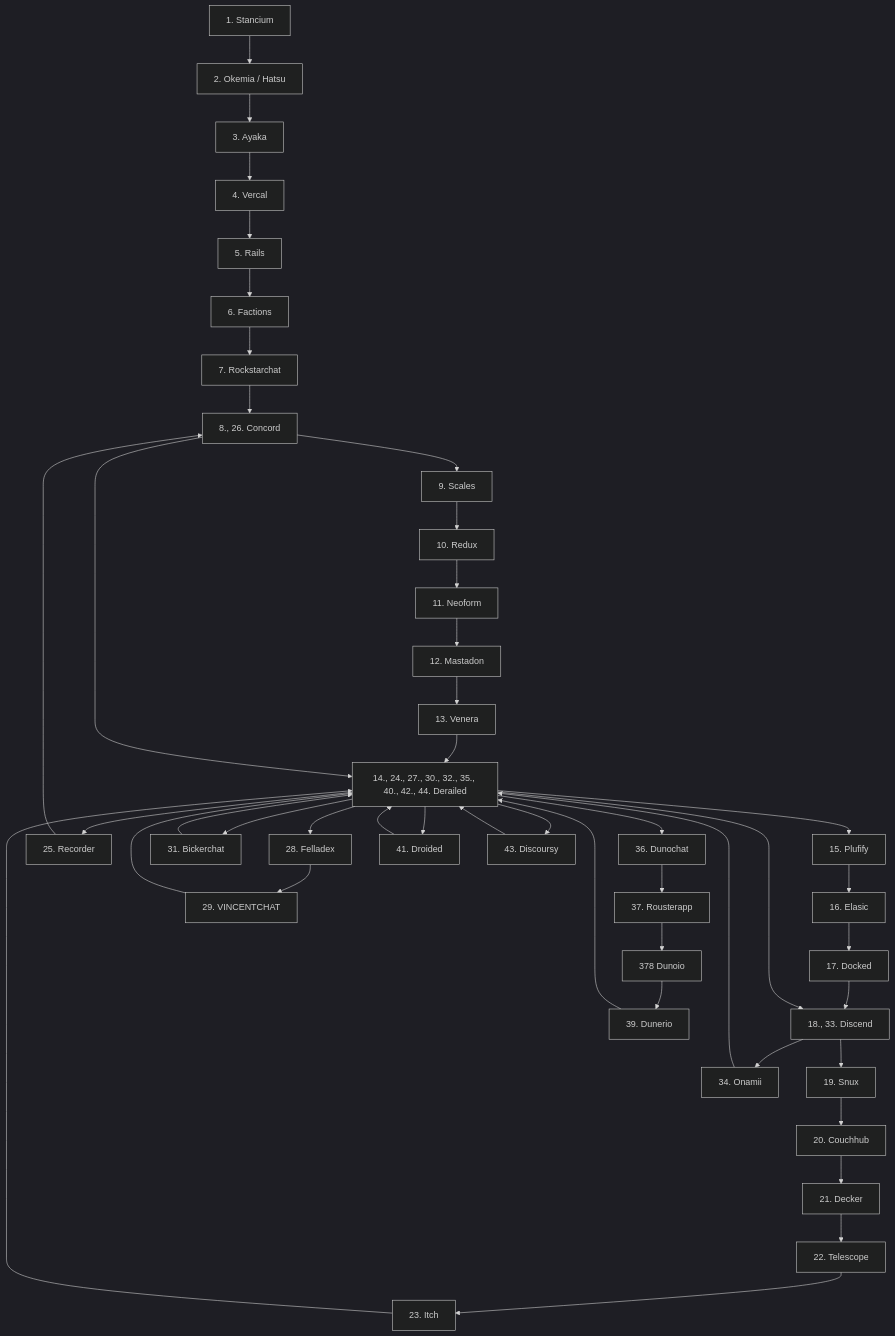
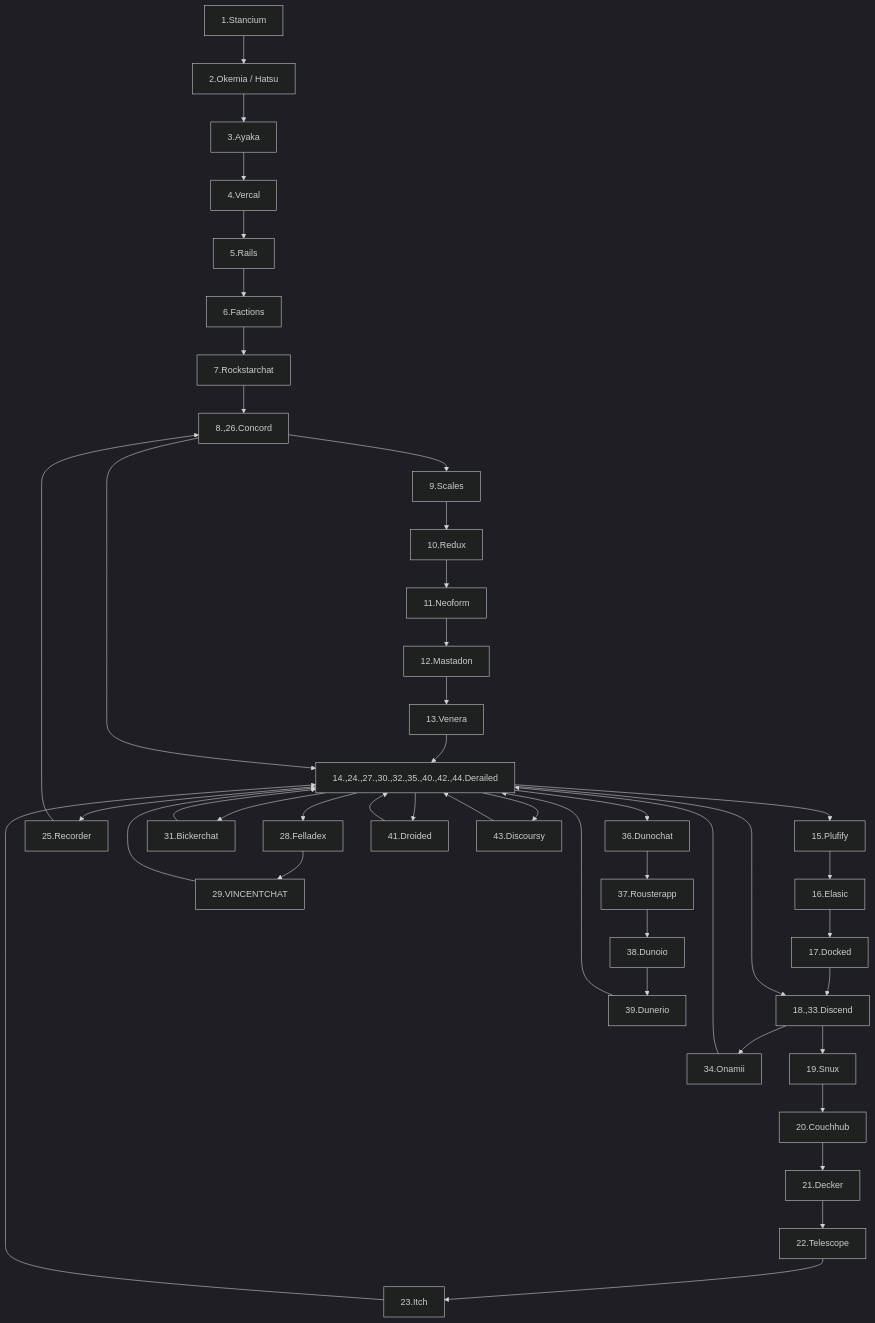
Before and after one commit to H4ckerxx44/vincent-everything-org-name-history: the diagram in chatapp/README.md, drawn with Mermaid (dark theme).

Commit message:
happy now?

````diff
--- a/chatapp/README.md
+++ b/chatapp/README.md
@@ -51,50 +51,49 @@
 ```mermaid
 ---
 title Names of Vincent's Chat App
 ---
 flowchart TD
-
-Stancium[1. Stancium] --> okemiahatsu[2. Okemia / Hatsu]
-okemiahatsu --> Ayaka[3. Ayaka]
-Ayaka --> Vercal[4. Vercal]
-Vercal --> Rails[5. Rails]
-Rails --> Factions[6. Factions]
-Factions --> Rockstarchat[7. Rockstarchat]
-Rockstarchat --> Concord[8., 26. Concord]
-Concord --> Scales[9. Scales]
-Scales --> Redux[10. Redux]
-Redux --> Neoform[11. Neoform]
-Neoform --> Mastadon[12. Mastadon]
-Mastadon --> Venera[13. Venera]
-Venera --> Derailed[14., 24., 27., 30., 32., 35., 40., 42., 44. Derailed]
-Derailed --> Plufify[15. Plufify]
-Plufify --> Elasic[16. Elasic]
-Elasic --> Docked[17. Docked]
-Docked --> Discend[18., 33. Discend]
-Discend --> Snux[19. Snux]
-Snux --> Couchhub[20. Couchhub]
-Couchhub --> Decker[21. Decker]
-Decker --> Telescope[22. Telescope]
-Telescope --> Itch[23. Itch]
+Stancium[1.Stancium] --> okemiahatsu[2.Okemia / Hatsu]
+okemiahatsu --> Ayaka[3.Ayaka]
+Ayaka --> Vercal[4.Vercal]
+Vercal --> Rails[5.Rails]
+Rails --> Factions[6.Factions]
+Factions --> Rockstarchat[7.Rockstarchat]
+Rockstarchat --> Concord[8.,26.Concord]
+Concord --> Scales[9.Scales]
+Scales --> Redux[10.Redux]
+Redux --> Neoform[11.Neoform]
+Neoform --> Mastadon[12.Mastadon]
+Mastadon --> Venera[13.Venera]
+Venera --> Derailed[14.,24.,27.,30.,32.,35.,40.,42.,44.Derailed]
+Derailed --> Plufify[15.Plufify]
+Plufify --> Elasic[16.Elasic]
+Elasic --> Docked[17.Docked]
+Docked --> Discend[18.,33.Discend]
+Discend --> Snux[19.Snux]
+Snux --> Couchhub[20.Couchhub]
+Couchhub --> Decker[21.Decker]
+Decker --> Telescope[22.Telescope]
+Telescope --> Itch[23.Itch]
 Itch --> Derailed
-Derailed --> Recorder[25. Recorder]
+Derailed --> Recorder[25.Recorder]
 Recorder --> Concord
 Concord --> Derailed
-Derailed --> Felladex[28. Felladex]
-Felladex --> VINCENTCHAT[29. VINCENTCHAT]
+Derailed --> Felladex[28.Felladex]
+Felladex --> VINCENTCHAT[29.VINCENTCHAT]
 VINCENTCHAT --> Derailed
-Derailed --> Bickerchat[31. Bickerchat]
+Derailed --> Bickerchat[31.Bickerchat]
 Bickerchat --> Derailed
 Derailed --> Discend
-Discend --> Onamii[34. Onamii]
+Discend --> Onamii[34.Onamii]
 Onamii --> Derailed
-Derailed --> Dunochat[36. Dunochat]
-Dunochat --> Rousterapp[37. Rousterapp]
-Rousterapp --> Dunoio[378 Dunoio]
-Dunoio --> Dunerio[39. Dunerio]
+Derailed --> Dunochat[36.Dunochat]
+Dunochat --> Rousterapp[37.Rousterapp]
+Rousterapp --> Dunoio[38.Dunoio]
+Dunoio --> Dunerio[39.Dunerio]
 Dunerio --> Derailed
-Derailed --> Droided[41. Droided]
+Derailed --> Droided[41.Droided]
 Droided --> Derailed
-Derailed --> Discoursy[43. Discoursy]
+Derailed --> Discoursy[43.Discoursy]
 Discoursy --> Derailed
 ```
````
